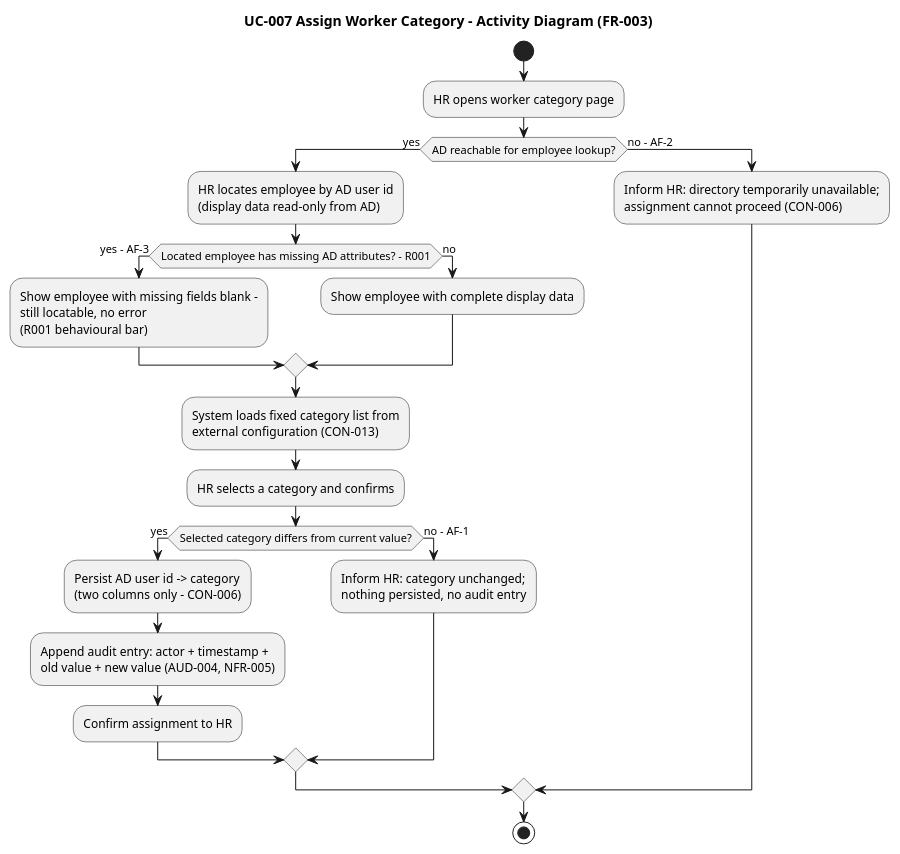
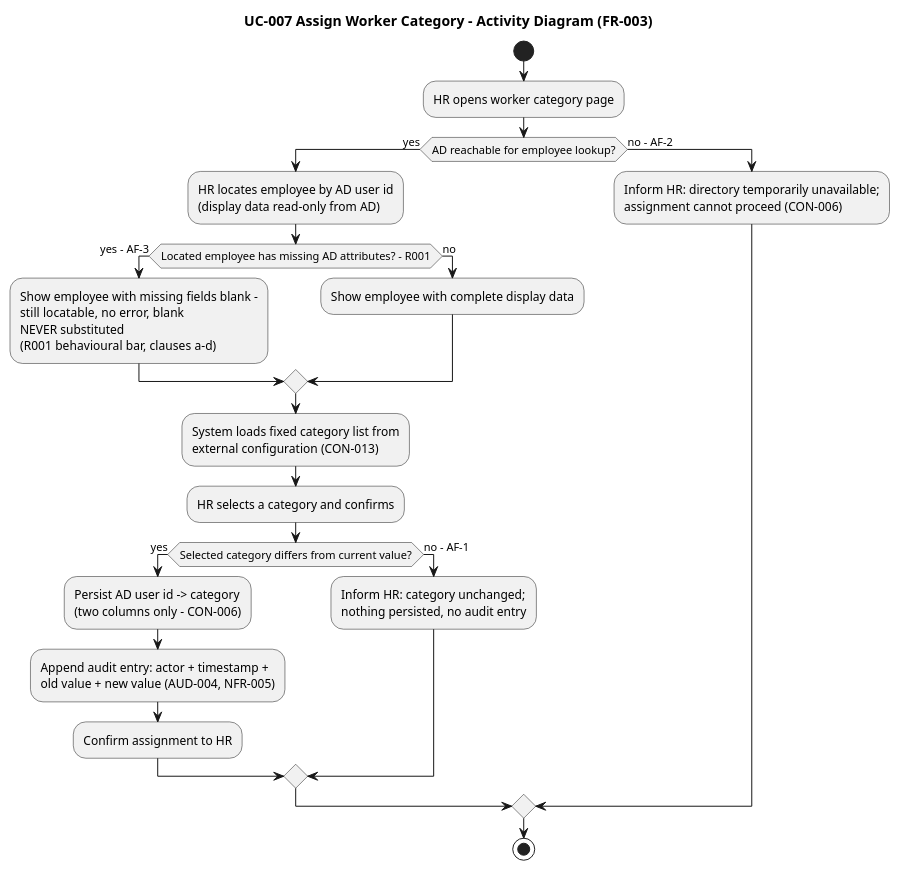
Before and after one commit to banense-test/employee-portal: the eighth of 16 diagrams in docs/artifacts/requirements/use-case-model.md, drawn with PlantUML. The commit also changed other lines of this file, not shown here.

````diff
--- a/docs/artifacts/requirements/use-case-model.md
+++ b/docs/artifacts/requirements/use-case-model.md
@@ -544,27 +544,27 @@
 ```plantuml
 @startuml
 title UC-007 Assign Worker Category - Activity Diagram (FR-003)
 start
 :HR opens worker category page;
 if (AD reachable for employee lookup?) then (yes)
   :HR locates employee by AD user id\n(display data read-only from AD);
   if (Located employee has missing AD attributes? - R001) then (yes - AF-3)
-    :Show employee with missing fields blank -\nstill locatable, no error\n(R001 behavioural bar);
+    :Show employee with missing fields blank -\nstill locatable, no error, blank\nNEVER substituted\n(R001 behavioural bar, clauses a-d);
   else (no)
     :Show employee with complete display data;
   endif
   :System loads fixed category list from\nexternal configuration (CON-013);
   :HR selects a category and confirms;
   if (Selected category differs from current value?) then (yes)
     :Persist AD user id -> category\n(two columns only - CON-006);
     :Append audit entry: actor + timestamp +\nold value + new value (AUD-004, NFR-005);
     :Confirm assignment to HR;
   else (no - AF-1)
     :Inform HR: category unchanged;\nnothing persisted, no audit entry;
   endif
 else (no - AF-2)
   :Inform HR: directory temporarily unavailable;\nassignment cannot proceed (CON-006);
 endif
 stop
 @enduml
 ```
````
